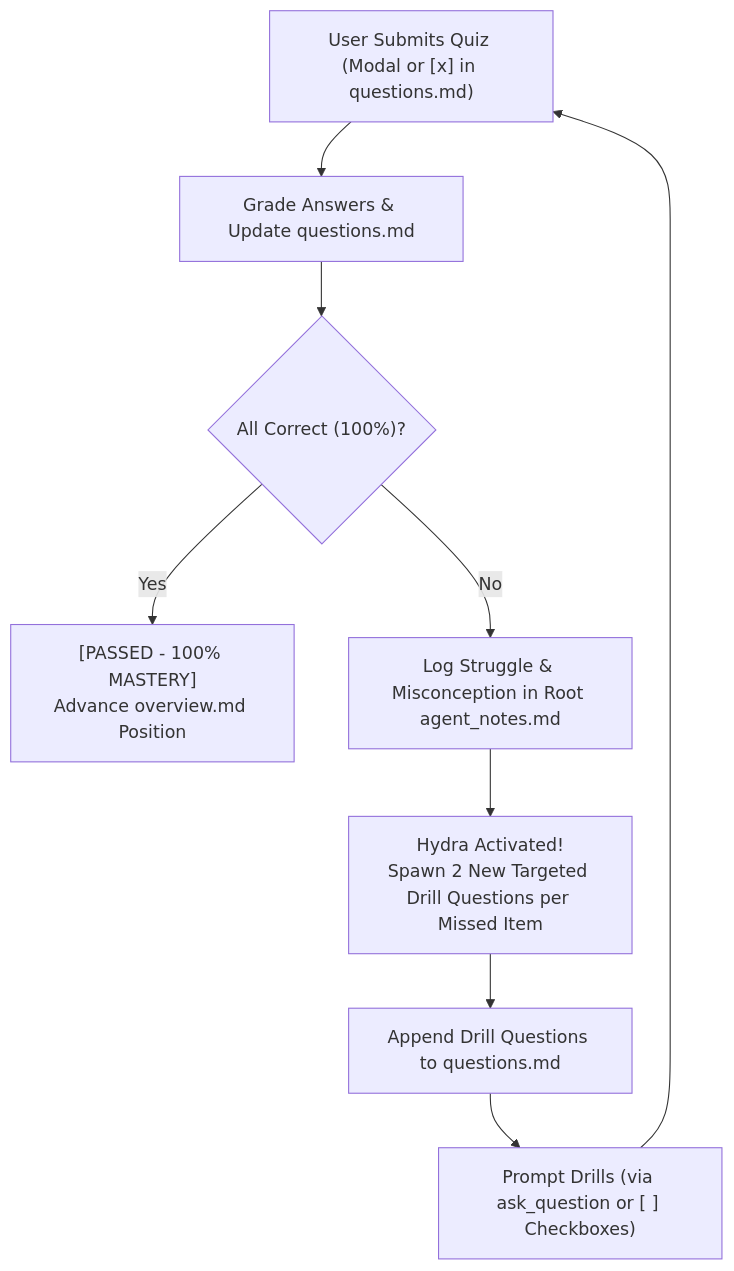
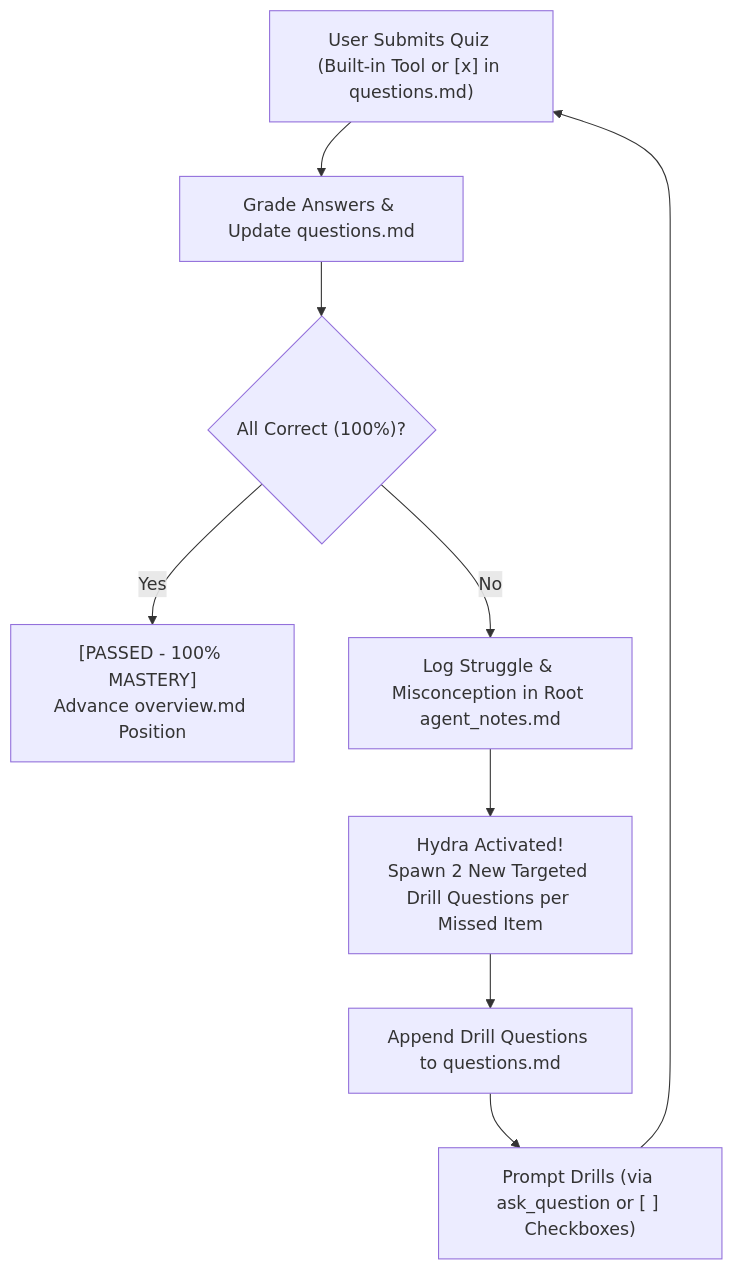
The second of 2 diagrams in notes-conduct-quiz/SKILL.md (asquilatan/notes-skills), drawn with Mermaid before and after one commit. The commit also changed other lines of this file and 3 other files, not shown here.

Commit message:
docs: replace interactive UI modal phrasing with built-in question tool

````diff
--- a/notes-conduct-quiz/SKILL.md
+++ b/notes-conduct-quiz/SKILL.md
@@ -134,11 +134,11 @@
 ```mermaid
 flowchart TD
-    Submit["User Submits Quiz (Modal or [x] in questions.md)"] --> Grade["Grade Answers & Update questions.md"]
+    Submit["User Submits Quiz (Built-in Tool or [x] in questions.md)"] --> Grade["Grade Answers & Update questions.md"]
     Grade --> Check{"All Correct (100%)?"}
     Check -- Yes --> Pass["[PASSED - 100% MASTERY]<br/>Advance overview.md Position"]
     Check -- No --> LogStruggle["Log Struggle & Misconception in Root agent_notes.md"]
     LogStruggle --> Hydra["Hydra Activated!<br/>Spawn 2 New Targeted Drill Questions per Missed Item"]
     Hydra --> Append["Append Drill Questions to questions.md"]
     Append --> Reprompt["Prompt Drills (via ask_question or [ ] Checkboxes)"]
     Reprompt --> Submit
 ```
````
